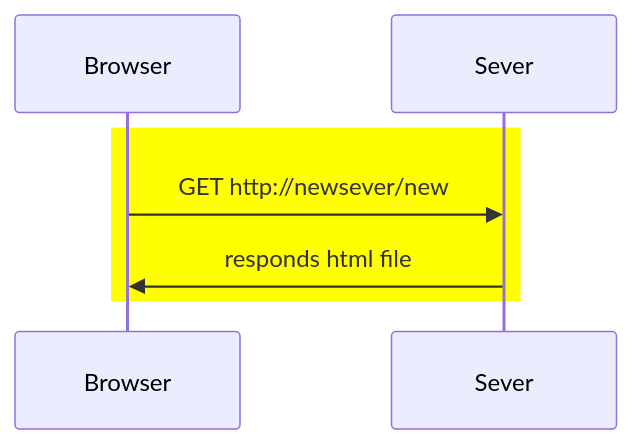
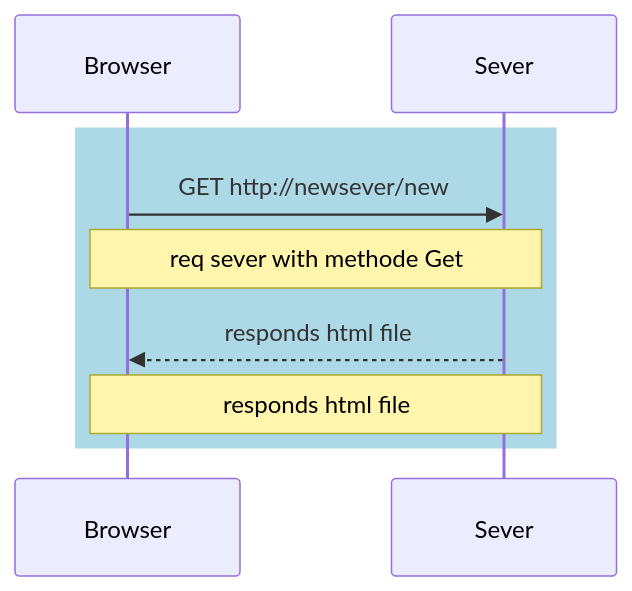
One commit to suttipo/mermaid changed the diagram in ex_1/infolder.mmd. Above: the diagram before and after it, drawn with Mermaid.

Commit message:
add note

```diff
--- a/ex_1/infolder.mmd
+++ b/ex_1/infolder.mmd
@@ -1,8 +1,10 @@
 sequenceDiagram
 participant Browser
 participant Sever
 %% background highlight
-rect yellow 
+rect lightblue
 Browser ->> Sever : GET http://newsever/new
-Sever ->> Browser : responds html file
+Note over Browser, Sever:req sever with methode Get
+Sever -->> Browser : responds html file
+Note over Browser, Sever: responds html file
 end
```
